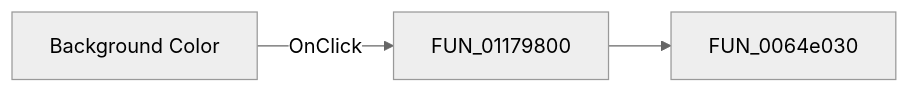
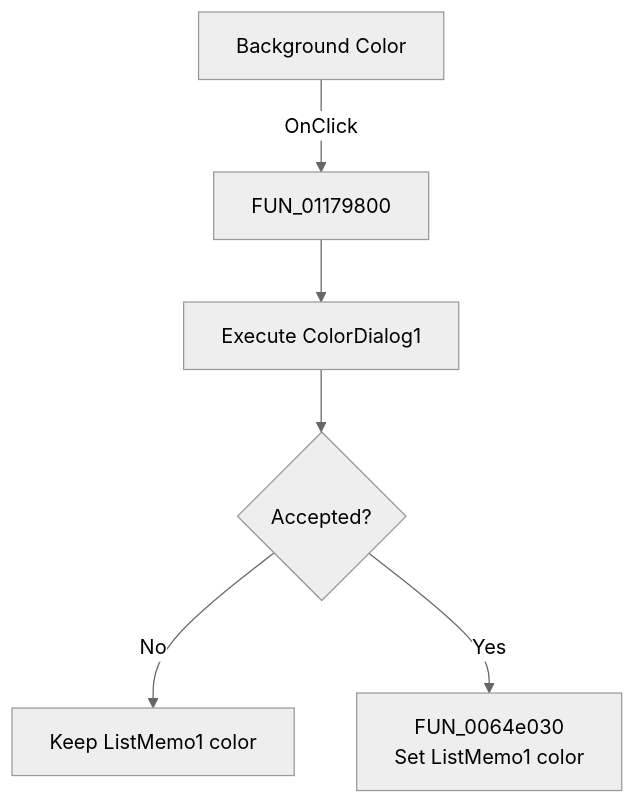
One commit to MovGP0/TIARA changed the diagram in docs/ui-controls/response-form1/backcolor4-e55172e7e0.md. Above: the diagram before and after it, drawn with Mermaid (neutral theme). The commit also changed other lines of this file and 1062 other files, not shown here.

````diff
--- a/docs/ui-controls/response-form1/backcolor4-e55172e7e0.md
+++ b/docs/ui-controls/response-form1/backcolor4-e55172e7e0.md
@@ -27,5 +27,8 @@
 ```mermaid
-flowchart LR
+flowchart TD
     control["Background Color"] -->|OnClick| handler["FUN_01179800"]
-    handler --> call1["FUN_0064e030"]
+    handler --> dialog["Execute ColorDialog1"]
+    dialog --> accepted{"Accepted?"}
+    accepted -->|No| keep["Keep ListMemo1 color"]
+    accepted -->|Yes| apply["FUN_0064e030<br/>Set ListMemo1 color"]
 ```
````
